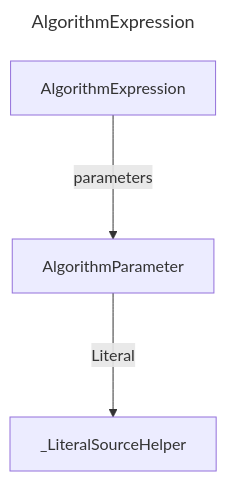
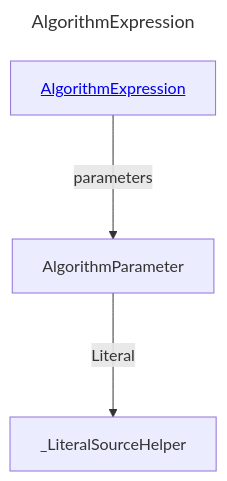
Before and after one commit to douglassimonsen/pbi_core: the diagram in docs/docs/layout/erd/AlgorithmExpression.md, drawn with Mermaid. The commit also changed 76 other files, not shown here.

````diff
--- a/docs/docs/layout/erd/AlgorithmExpression.md
+++ b/docs/docs/layout/erd/AlgorithmExpression.md
@@ -1,11 +1,11 @@
 ```mermaid
 ---
 title: AlgorithmExpression
 ---
 graph 
-2430071930000["AlgorithmExpression"]
-2430071924144["AlgorithmParameter"]
-2430071807024["_LiteralSourceHelper"]
-2430071930000 --->|parameters| 2430071924144
-2430071924144 --->|Literal| 2430071807024
+AlgorithmExpression[<a href='/layout/erd/AlgorithmExpression'>AlgorithmExpression</a>]
+AlgorithmParameter[AlgorithmParameter]
+_LiteralSourceHelper[_LiteralSourceHelper]
+AlgorithmParameter --->|Literal| _LiteralSourceHelper
+AlgorithmExpression --->|parameters| AlgorithmParameter
 ```
````
